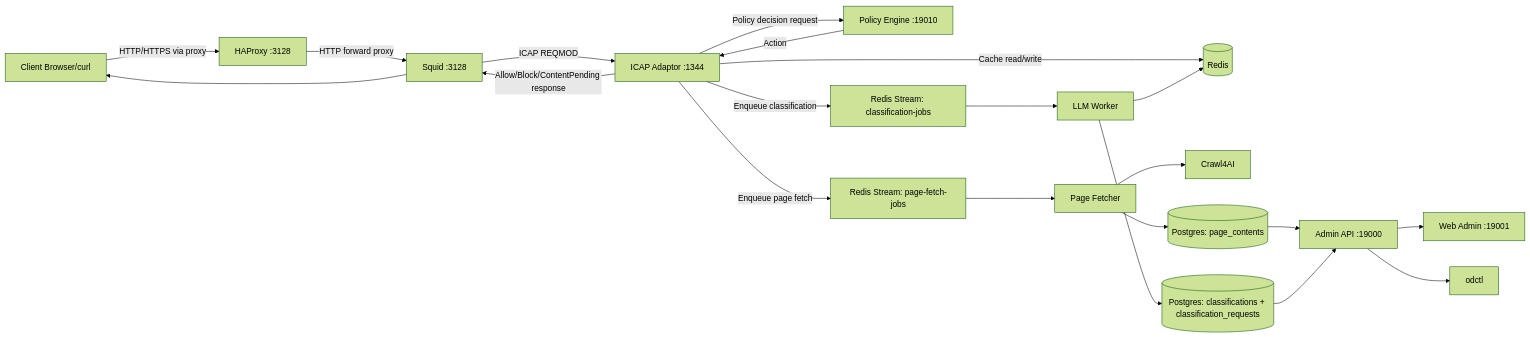
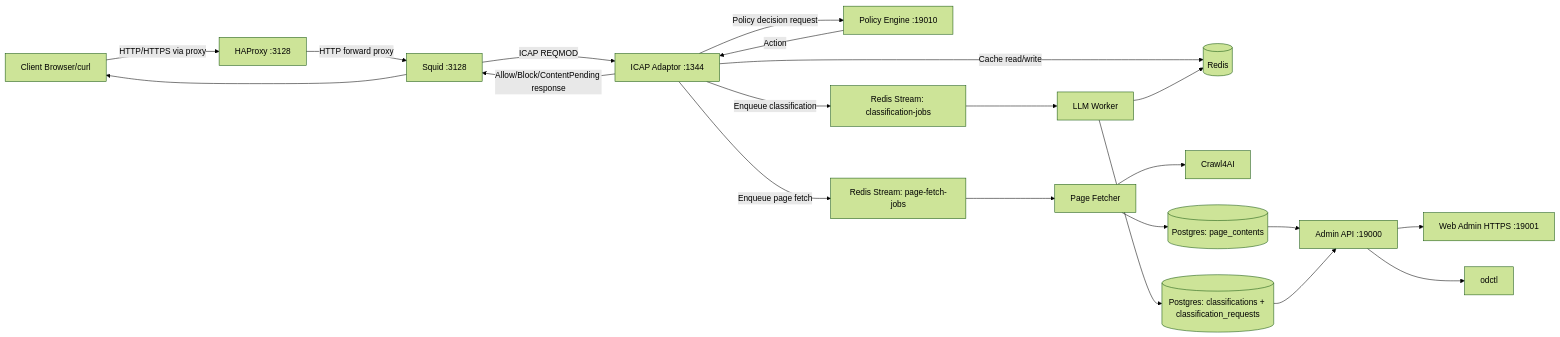
The diagram in docs/fast-testing-deployment.md (trex-fze/open-defender-icap), drawn with Mermaid (forest theme) before and after one commit. The commit also changed other lines of this file and 5 other files, not shown here.

````diff
--- a/docs/fast-testing-deployment.md
+++ b/docs/fast-testing-deployment.md
@@ -53,27 +56,27 @@
 ```mermaid
 flowchart LR
     U[Client Browser/curl] -->|HTTP/HTTPS via proxy| HA[HAProxy :3128]
     HA -->|HTTP forward proxy| SQ[Squid :3128]
     SQ -->|ICAP REQMOD| ICAP[ICAP Adaptor :1344]
     ICAP -->|Policy decision request| PE[Policy Engine :19010]
     PE -->|Action| ICAP
 
     ICAP -->|Cache read/write| R[(Redis)]
     ICAP -->|Enqueue classification| CS[Redis Stream: classification-jobs]
     ICAP -->|Enqueue page fetch| PS[Redis Stream: page-fetch-jobs]
 
     CS --> LLW[LLM Worker]
     PS --> PF[Page Fetcher]
     PF --> C4[Crawl4AI]
     PF --> PG1[(Postgres: page_contents)]
 
     LLW --> PG2[(Postgres: classifications + classification_requests)]
     LLW --> R
 
     PG1 --> API[Admin API :19000]
     PG2 --> API
-    API --> UI[Web Admin :19001]
+    API --> UI[Web Admin HTTPS :19001]
     API --> CLI[odctl]
 
     ICAP -->|Allow/Block/ContentPending response| SQ --> U
 ```
````
